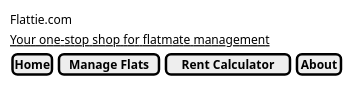
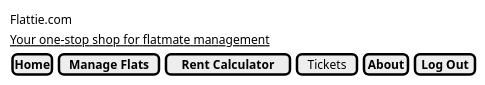
The diagram in src/main/mockups/signedIn(manager).puml (TobyMunyard/flattie), drawn with PlantUML before and after one commit. The commit also changed 1 other file, not shown here.

```diff
--- a/src/main/mockups/signedIn(manager).puml
+++ b/src/main/mockups/signedIn(manager).puml
@@ -1,9 +1,9 @@
 @startsalt SignedInManager
 {
     {Flattie.com}
     {<u>Your one-stop shop for flatmate management}
     {
-        [<b>Home] | [<b>Manage Flats] | [<b>Rent Calculator] |[<b>About]
+        [<b>Home] | [<b>Manage Flats] | [<b>Rent Calculator] | [Tickets] | [<b>About] | [<b>Log Out]
     }
 }
 @endsalt
```
